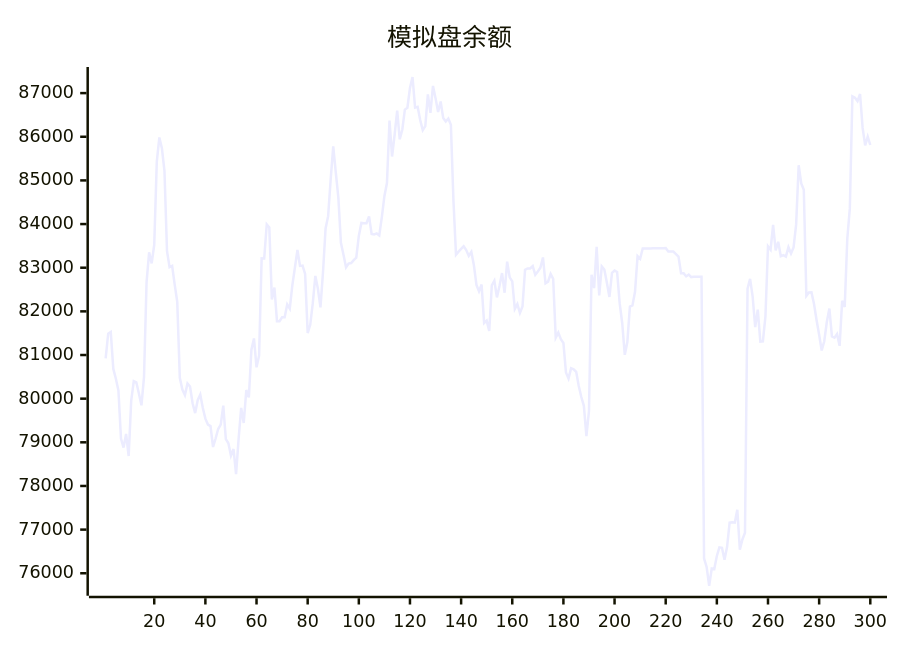
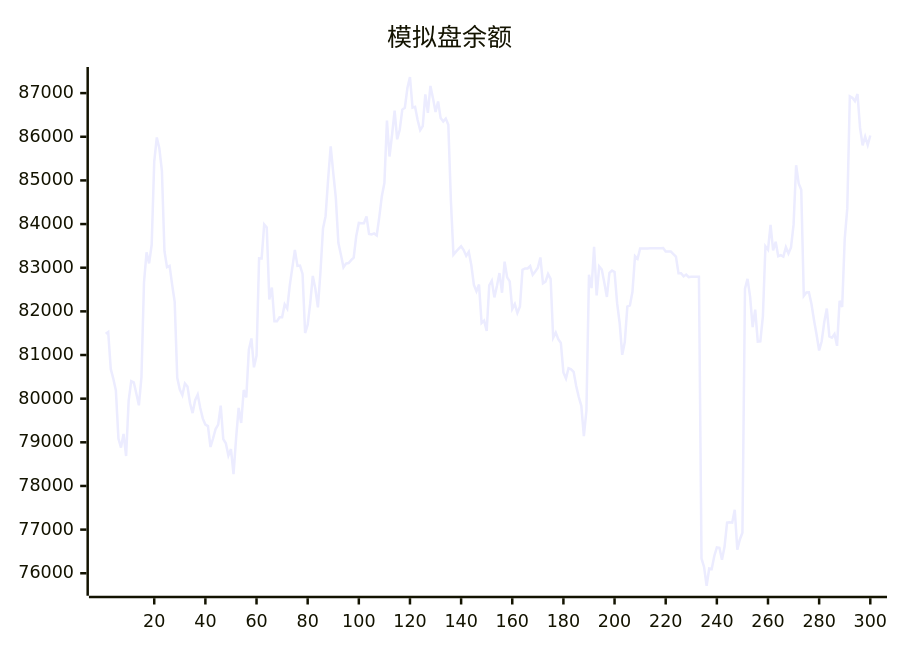
One commit to aahl/ai-trading changed the diagram in README.md. Above: the diagram before and after it, drawn with Mermaid. The commit also changed other lines of this file and 1 other file, not shown here.

````diff
--- a/README.md
+++ b/README.md
@@ -5,5 +5,5 @@
 ```mermaid
 xychart
     title "模拟盘余额"
-    line [80923,81488,81527,80681,80455,80190,79084,78879,79193,78686,79954,80403,80374,80118,79848,80491,82665,83351,83098,83525,85430,85983,85737,85221,83378,83014,83043,82613,82216,80477,80208,80081,80348,80277,79894,79670,79965,80093,79786,79542,79406,79371,78893,79087,79304,79406,79841,79072,78978,78696,78846,78272,79085,79787,79442,80198,80031,81120,81379,80718,80985,83214,83212,83993,83921,82270,82547,81776,81776,81866,81866,82158,82061,82596,83000,83408,83041,83050,82858,81503,81691,82188,82812,82517,82092,82901,83898,84180,85030,85781,85178,84604,83569,83298,83008,83093,83107,83175,83228,83729,84025,84017,84019,84177,83775,83762,83785,83738,84160,84639,84939,86370,85548,86046,86599,85942,86161,86622,86664,87115,87369,86666,86685,86384,86152,86243,86969,86548,87164,86885,86566,86809,86427,86348,86417,86273,84538,83299,83369,83430,83490,83404,83270,83362,83056,82605,82459,82614,81734,81788,81551,82598,82702,82320,82580,82878,82426,83139,82778,82686,82056,82166,81963,82110,82951,82983,82984,83038,82838,82915,82998,83235,82642,82682,82858,82746,81396,81512,81362,81277,80600,80461,80699,80673,80616,80288,80038,79836,79142,79722,82837,82533,83480,82366,83032,82960,82654,82330,82883,82934,82901,82188,81728,81005,81298,82110,82135,82449,83264,83203,83440,83439,83440,83440,83446,83447,83448,83447,83448,83449,83369,83369,83369,83313,83256,82872,82873,82801,82844,82785,82791,82791,82793,82794,76339,76145,75714,76110,76096,76397,76594,76585,76310,76607,77160,77170,77160,77456,76541,76774,76927,82520,82744,82337,81639,82040,81307,81314,81887,83490,83414,83984,83396,83594,83261,83287,83253,83470,83327,83465,83987,85348,84930,84786,82355,82433,82438,82167,81795,81466,81105,81315,81756,82064,81426,81398,81481,81210,82242,82099,83658,84359,86925,86892,86814,86980,86203,85802,86003,85811]
+    line [81488,81527,80681,80455,80190,79084,78879,79193,78686,79954,80403,80374,80118,79848,80491,82665,83351,83098,83525,85430,85983,85737,85221,83378,83014,83043,82613,82216,80477,80208,80081,80348,80277,79894,79670,79965,80093,79786,79542,79406,79371,78893,79087,79304,79406,79841,79072,78978,78696,78846,78272,79085,79787,79442,80198,80031,81120,81379,80718,80985,83214,83212,83993,83921,82270,82547,81776,81776,81866,81866,82158,82061,82596,83000,83408,83041,83050,82858,81503,81691,82188,82812,82517,82092,82901,83898,84180,85030,85781,85178,84604,83569,83298,83008,83093,83107,83175,83228,83729,84025,84017,84019,84177,83775,83762,83785,83738,84160,84639,84939,86370,85548,86046,86599,85942,86161,86622,86664,87115,87369,86666,86685,86384,86152,86243,86969,86548,87164,86885,86566,86809,86427,86348,86417,86273,84538,83299,83369,83430,83490,83404,83270,83362,83056,82605,82459,82614,81734,81788,81551,82598,82702,82320,82580,82878,82426,83139,82778,82686,82056,82166,81963,82110,82951,82983,82984,83038,82838,82915,82998,83235,82642,82682,82858,82746,81396,81512,81362,81277,80600,80461,80699,80673,80616,80288,80038,79836,79142,79722,82837,82533,83480,82366,83032,82960,82654,82330,82883,82934,82901,82188,81728,81005,81298,82110,82135,82449,83264,83203,83440,83439,83440,83440,83446,83447,83448,83447,83448,83449,83369,83369,83369,83313,83256,82872,82873,82801,82844,82785,82791,82791,82793,82794,76339,76145,75714,76110,76096,76397,76594,76585,76310,76607,77160,77170,77160,77456,76541,76774,76927,82520,82744,82337,81639,82040,81307,81314,81887,83490,83414,83984,83396,83594,83261,83287,83253,83470,83327,83465,83987,85348,84930,84786,82355,82433,82438,82167,81795,81466,81105,81315,81756,82064,81426,81398,81481,81210,82242,82099,83658,84359,86925,86892,86814,86980,86203,85802,86003,85811,86028]
 ```
````
